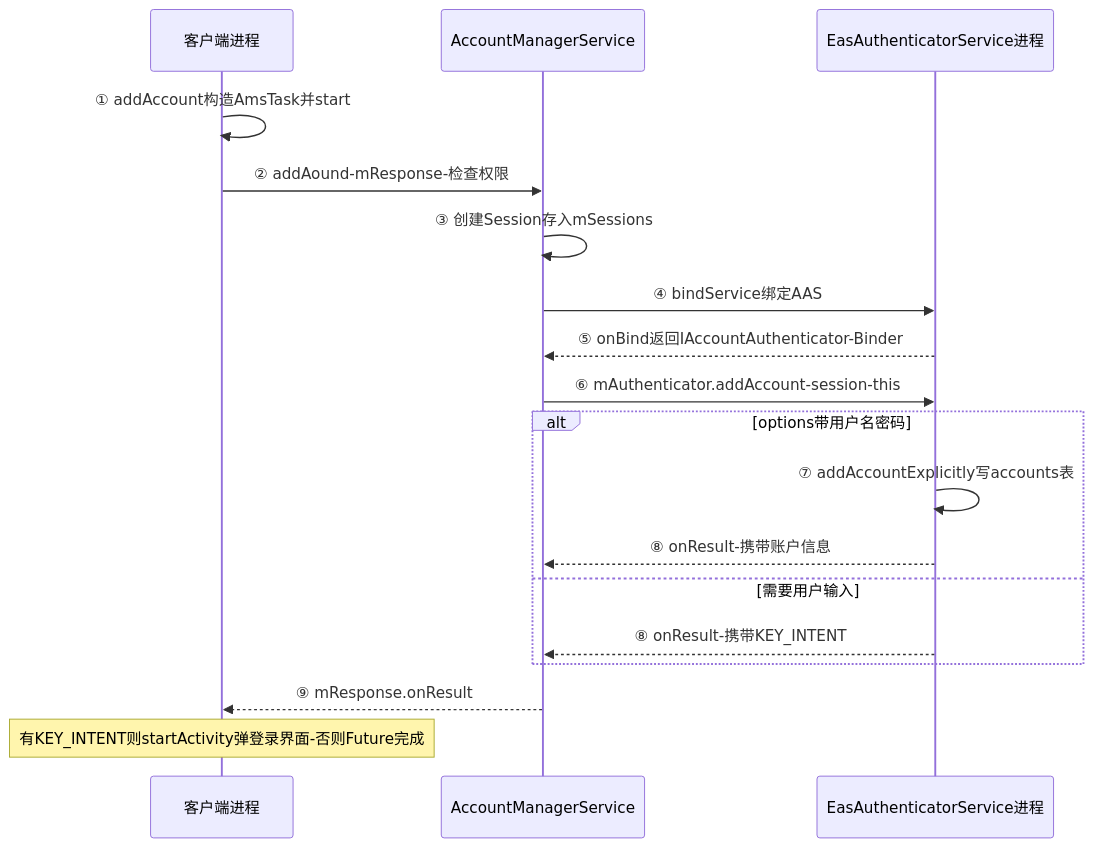
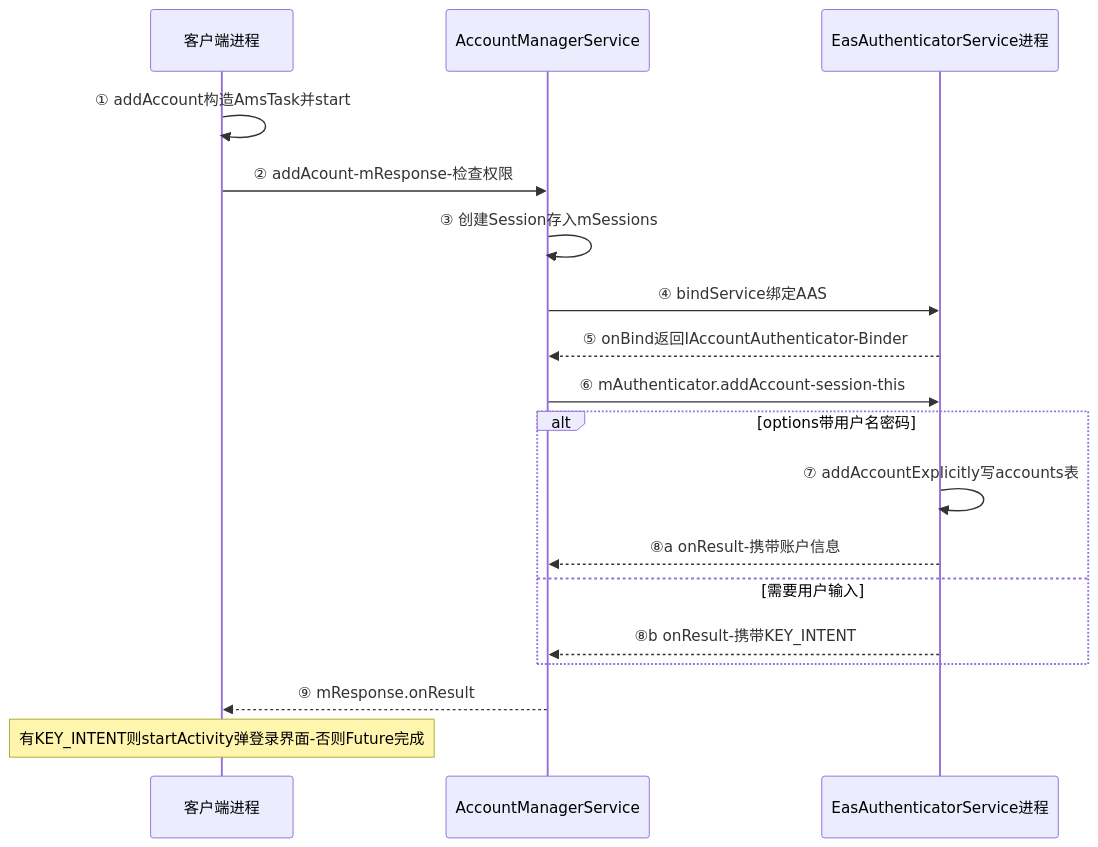
The seventh of 10 diagrams in Android/深入理解Android卷II/07-深入理解ContentService和AccountManagerService.md (coswit/coswit.github.io), drawn with Mermaid before and after one commit. The commit also changed other lines of this file and 7 other files, not shown here.

````diff
--- a/Android/深入理解Android卷II/07-深入理解ContentService和AccountManagerService.md
+++ b/Android/深入理解Android卷II/07-深入理解ContentService和AccountManagerService.md
@@ -860,20 +865,20 @@
 ```mermaid
 sequenceDiagram
     participant App as 客户端进程
     participant AMSvc as AccountManagerService
     participant AAS as EasAuthenticatorService进程
     App->>App: ① addAccount构造AmsTask并start
-    App->>AMSvc: ② addAound-mResponse-检查权限
+    App->>AMSvc: ② addAcount-mResponse-检查权限
     AMSvc->>AMSvc: ③ 创建Session存入mSessions
     AMSvc->>AAS: ④ bindService绑定AAS
     AAS-->>AMSvc: ⑤ onBind返回IAccountAuthenticator-Binder
     AMSvc->>AAS: ⑥ mAuthenticator.addAccount-session-this
     alt options带用户名密码
         AAS->>AAS: ⑦ addAccountExplicitly写accounts表
-        AAS-->>AMSvc: ⑧ onResult-携带账户信息
+        AAS-->>AMSvc: ⑧a onResult-携带账户信息
     else 需要用户输入
-        AAS-->>AMSvc: ⑧ onResult-携带KEY_INTENT
+        AAS-->>AMSvc: ⑧b onResult-携带KEY_INTENT
     end
     AMSvc-->>App: ⑨ mResponse.onResult
     Note over App: 有KEY_INTENT则startActivity弹登录界面-否则Future完成
 ```
````
